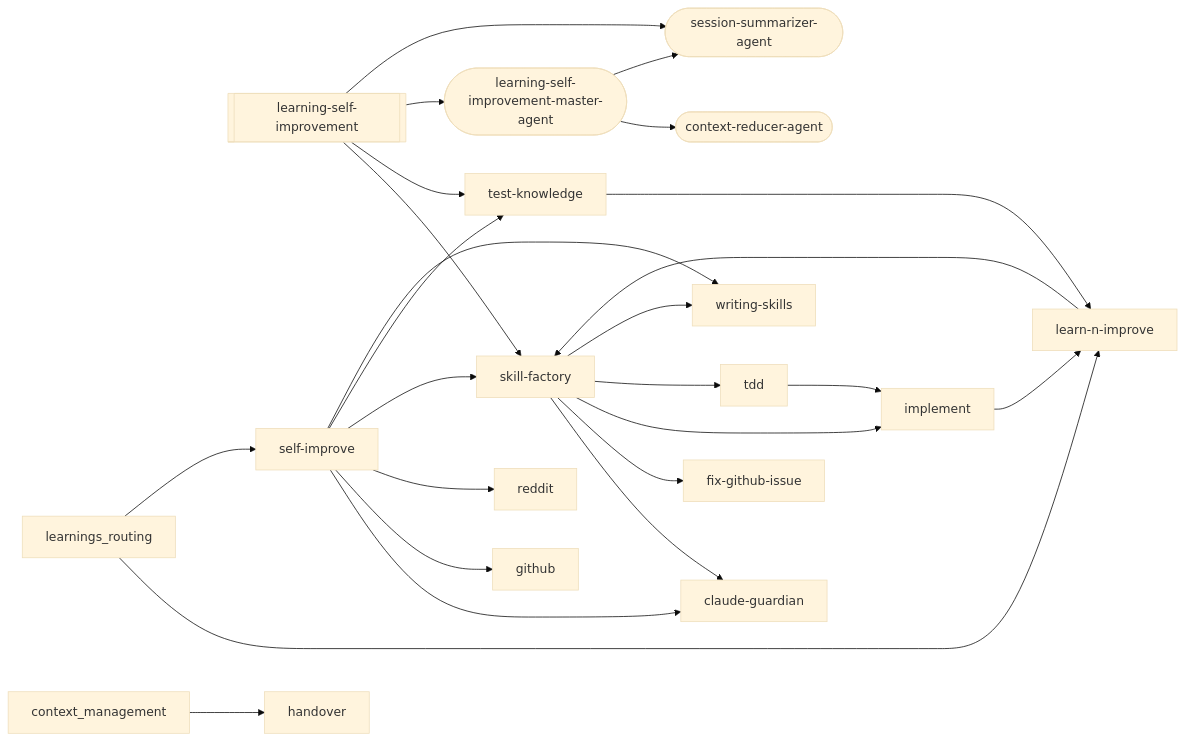
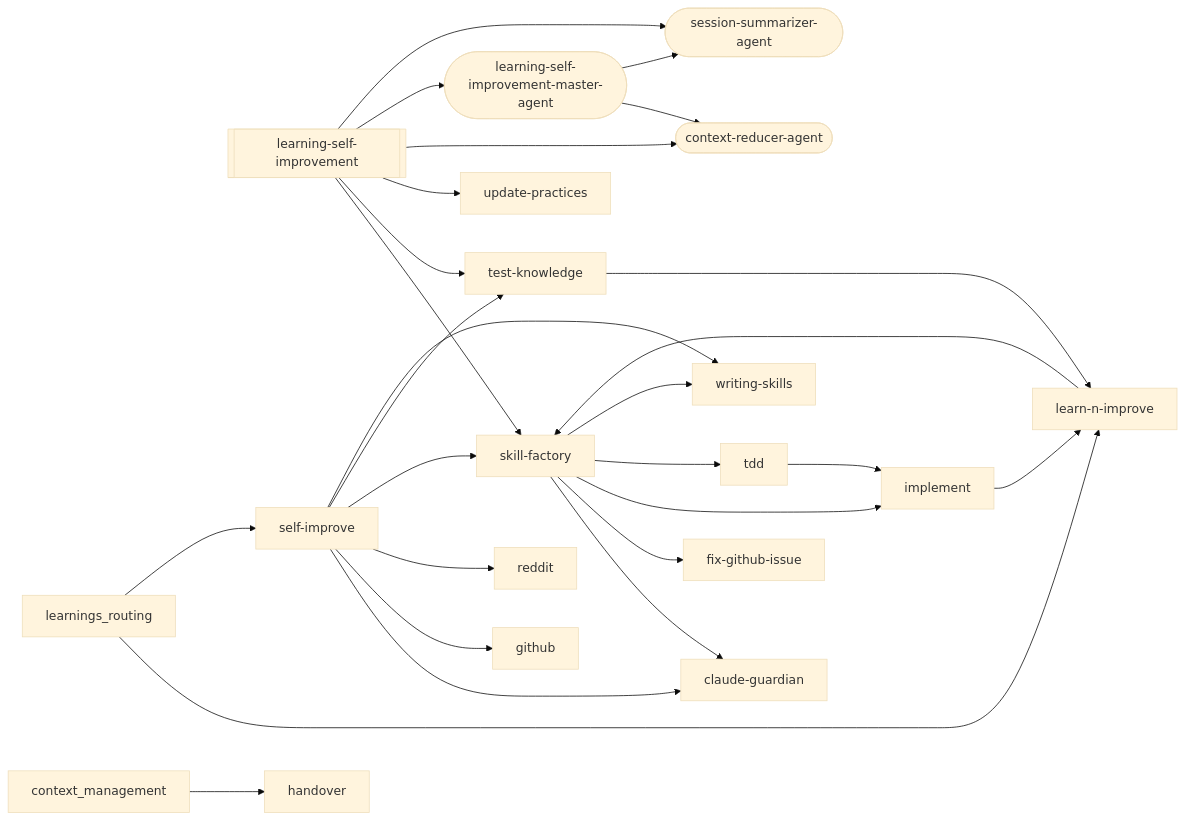
Before and after one commit to abhayla/claude-best-practices: the third of 20 diagrams in docs/workflows/learning-self-improvement.md, drawn with Mermaid (base theme). The commit also changed other lines of this file and 12 other files, not shown here.

````diff
--- a/docs/workflows/learning-self-improvement.md
+++ b/docs/workflows/learning-self-improvement.md
@@ -338,43 +367,46 @@
 ```mermaid
 graph LR
     learning_self_improvement[["learning-self-improvement"]]
     claude_guardian["claude-guardian"]
     context_reducer_agent(["context-reducer-agent"])
     fix_github_issue["fix-github-issue"]
     github["github"]
     handover["handover"]
     implement["implement"]
     learn_n_improve["learn-n-improve"]
     learning_self_improvement_master_agent(["learning-self-improvement-master-agent"])
     reddit["reddit"]
     self_improve["self-improve"]
     session_summarizer_agent(["session-summarizer-agent"])
     skill_factory["skill-factory"]
     tdd["tdd"]
     test_knowledge["test-knowledge"]
+    update_practices["update-practices"]
     writing_skills["writing-skills"]
     implement --> learn_n_improve
     learn_n_improve --> skill_factory
     learning_self_improvement --> skill_factory
     learning_self_improvement --> test_knowledge
+    learning_self_improvement --> update_practices
+    learning_self_improvement --> context_reducer_agent
     learning_self_improvement --> learning_self_improvement_master_agent
     learning_self_improvement --> session_summarizer_agent
     skill_factory --> claude_guardian
     skill_factory --> fix_github_issue
     skill_factory --> implement
     skill_factory --> tdd
     skill_factory --> writing_skills
     tdd --> implement
     test_knowledge --> learn_n_improve
     self_improve --> claude_guardian
     self_improve --> github
     self_improve --> reddit
     self_improve --> skill_factory
     self_improve --> test_knowledge
     self_improve --> writing_skills
     learning_self_improvement_master_agent --> context_reducer_agent
     learning_self_improvement_master_agent --> session_summarizer_agent
     context_management --> handover
     learnings_routing --> learn_n_improve
     learnings_routing --> self_improve
 ```
````
